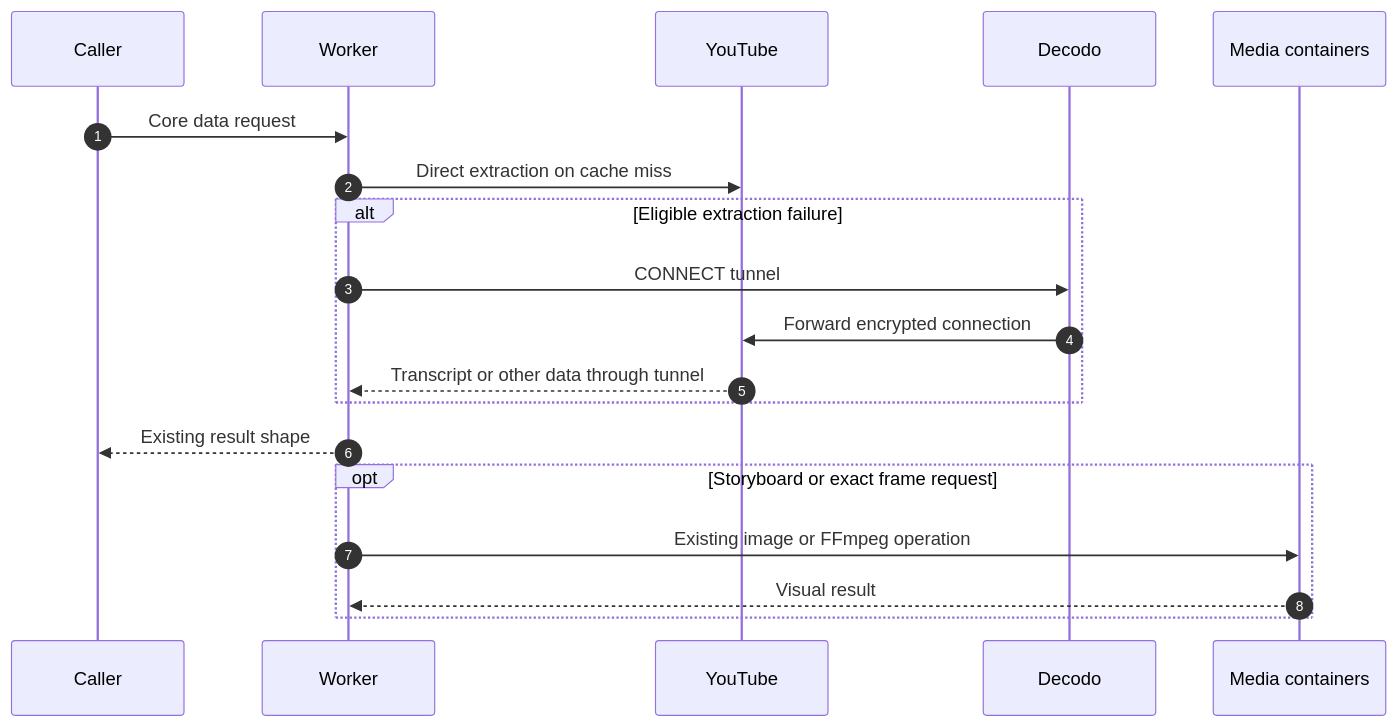
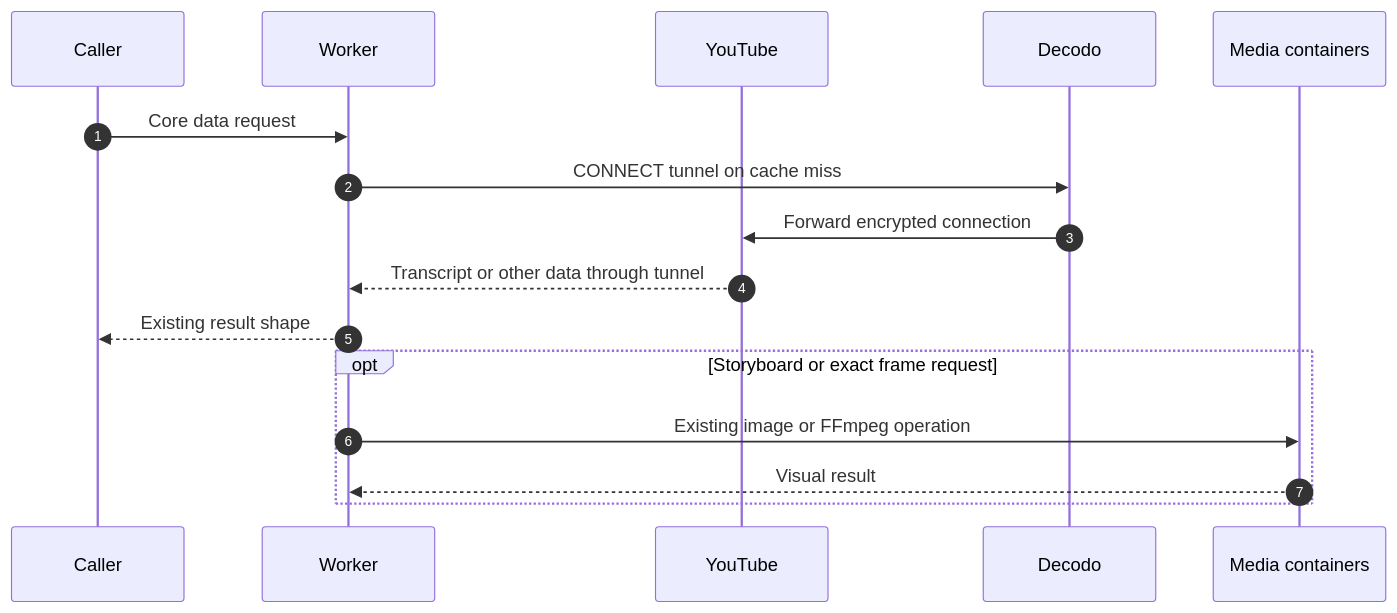
The diagram in reference/engineering/WORKER_EXTRACTION.md (devhims/video2ctx), drawn with Mermaid before and after one commit. The commit also changed other lines of this file and 8 other files, not shown here.

Commit message:
use proxies for every worker youtube extraction attempt

````diff
--- a/reference/engineering/WORKER_EXTRACTION.md
+++ b/reference/engineering/WORKER_EXTRACTION.md
@@ -7,22 +7,19 @@
 ```mermaid
 %%{init: {'themeVariables': {'sequenceNumberColor': '#ffffff', 'activationBkgColor': '#334155', 'activationBorderColor': '#334155'}}}%%
 sequenceDiagram
     autonumber
     participant Caller
     participant Worker
     participant YouTube
     participant Decodo
     participant Media as Media containers
     Caller->>Worker: Core data request
-    Worker->>YouTube: Direct extraction on cache miss
-    alt Eligible extraction failure
-        Worker->>Decodo: CONNECT tunnel
-        Decodo->>YouTube: Forward encrypted connection
-        YouTube-->>Worker: Transcript or other data through tunnel
-    end
+    Worker->>Decodo: CONNECT tunnel on cache miss
+    Decodo->>YouTube: Forward encrypted connection
+    YouTube-->>Worker: Transcript or other data through tunnel
     Worker-->>Caller: Existing result shape
     opt Storyboard or exact frame request
         Worker->>Media: Existing image or FFmpeg operation
         Media-->>Worker: Visual result
     end
 ```
````
